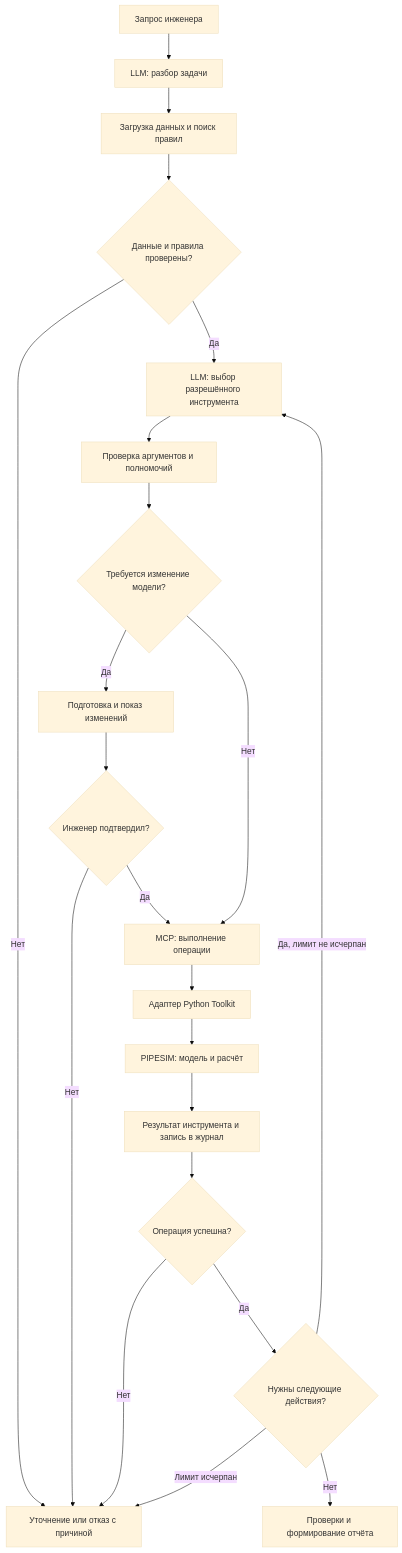
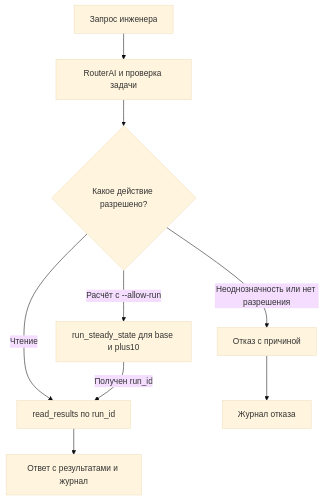
One commit to troshinid/well-agent-Troshin-Bogdanov-Sokolov changed the diagram in docs/architecture.md. Above: the diagram before and after it, drawn with Mermaid (base theme). The commit also changed other lines of this file, not shown here.

Commit message:
docs: описать подготовку модели и расчёт через MCP

````diff
--- a/docs/architecture.md
+++ b/docs/architecture.md
@@ -8,24 +7,11 @@
 ```mermaid
 flowchart TD
-    A["Запрос инженера"] --> B["LLM: разбор задачи"]
-    B --> C["Загрузка данных и поиск правил"]
-    C --> D{"Данные и правила проверены?"}
-    D -->|Нет| E["Уточнение или отказ с причиной"]
-    D -->|Да| F["LLM: выбор разрешённого инструмента"]
-    F --> G["Проверка аргументов и полномочий"]
-    G --> H{"Требуется изменение модели?"}
-    H -->|Да| I["Подготовка и показ изменений"]
-    I --> J{"Инженер подтвердил?"}
-    J -->|Нет| E
-    J -->|Да| K["MCP: выполнение операции"]
-    H -->|Нет| K
-    K --> L["Адаптер Python Toolkit"]
-    L --> M["PIPESIM: модель и расчёт"]
-    M --> N["Результат инструмента и запись в журнал"]
-    N --> O{"Операция успешна?"}
-    O -->|Нет| E
-    O -->|Да| P{"Нужны следующие действия?"}
-    P -->|Да, лимит не исчерпан| F
-    P -->|Нет| Q["Проверки и формирование отчёта"]
-    P -->|Лимит исчерпан| E
+    A["Запрос инженера"] --> B["RouterAI и проверка задачи"]
+    B --> C{"Какое действие разрешено?"}
+    C -->|"Чтение"| D["read_results по run_id"]
+    C -->|"Расчёт с --allow-run"| E["run_steady_state для base и plus10"]
+    C -->|"Неоднозначность или нет разрешения"| F["Отказ с причиной"]
+    E -->|"Получен run_id"| D
+    D --> G["Ответ с результатами и журнал"]
+    F --> H["Журнал отказа"]
 ```
````
